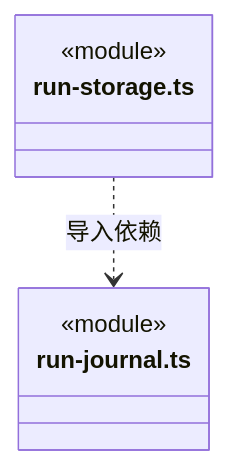
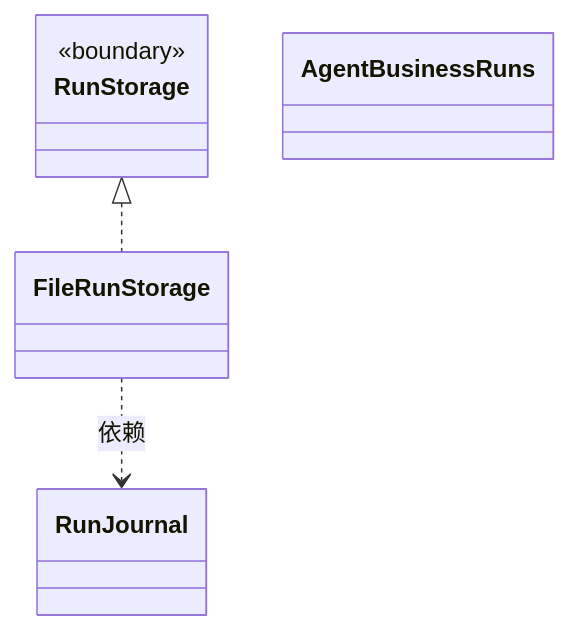
One commit to nan023062/cbim changed the diagram in src/logic/execution/storage/ARCHITECTURE.md. Above: the diagram before and after it, drawn with Mermaid. The commit also changed other lines of this file and 158 other files, not shown here.

Commit message:
docs: model architecture through nested virtual encapsulations

````diff
--- a/src/logic/execution/storage/ARCHITECTURE.md
+++ b/src/logic/execution/storage/ARCHITECTURE.md
@@ -137,10 +21,15 @@
 ```mermaid
 classDiagram
-class N_src_logic_execution_storage_run_storage_ts["run-storage.ts"] {
-  <<module>>
+class N_d3a95e7d48a8["FileRunStorage"]
+click N_d3a95e7d48a8 href "run-storage.ts"
+class N_066774d3d245["RunJournal"]
+click N_066774d3d245 href "run-journal.ts"
+class N_4e95cf7ee4b2["RunStorage"] {
+  <<boundary>>
 }
-class N_src_logic_execution_storage_run_journal_ts["run-journal.ts"] {
-  <<module>>
-}
-N_src_logic_execution_storage_run_storage_ts ..> N_src_logic_execution_storage_run_journal_ts : 导入依赖
+click N_4e95cf7ee4b2 href "../rules/storage.ts"
+class N_abf36ef91600["AgentBusinessRuns"]
+click N_abf36ef91600 href "business-runs.ts"
+N_d3a95e7d48a8 ..> N_066774d3d245 : 依赖
+N_4e95cf7ee4b2 <|.. N_d3a95e7d48a8
 ```
````
